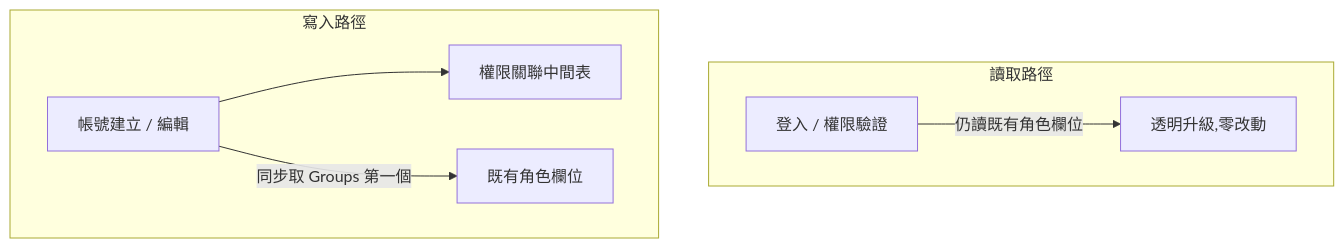
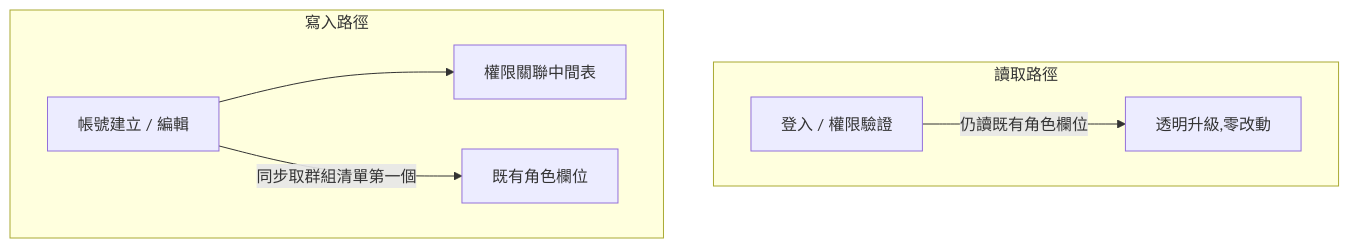
Before and after one commit to leemengju/leemengju.github.io: the diagram in src/content/projects/permission-multiselect.md, drawn with Mermaid. The commit also changed other lines of this file and 17 other files, not shown here.

````diff
--- a/src/content/projects/permission-multiselect.md
+++ b/src/content/projects/permission-multiselect.md
@@ -94,10 +95,10 @@
 ```mermaid
 flowchart TD
     subgraph 讀取路徑
       L[登入 / 權限驗證] -->|仍讀既有角色欄位| OK[透明升級,零改動]
     end
     subgraph 寫入路徑
       W[帳號建立 / 編輯] --> M[權限關聯中間表]
-      W -->|同步取 Groups 第一個| ROLE[既有角色欄位]
+      W -->|同步取群組清單第一個| ROLE[既有角色欄位]
     end
 ```
````
